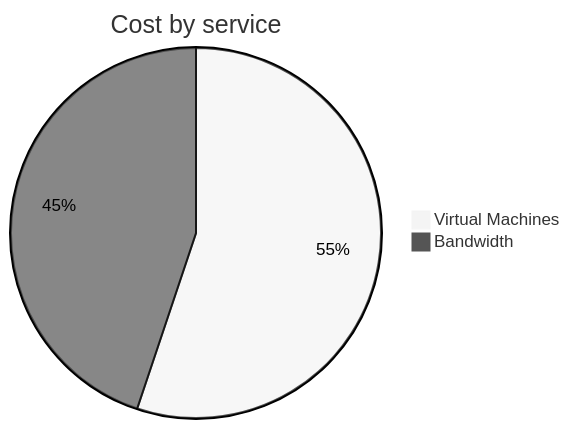
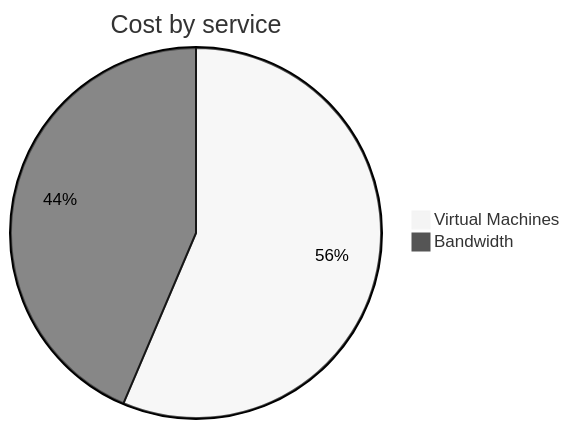
One commit to jpfulton/azure-personal-reports changed the second of 4 diagrams in cost-reports/personal-network/vpn-server.md. Above: the diagram before and after it, drawn with Mermaid (neutral theme). The commit also changed other lines of this file and 8 other files, not shown here.

````diff
--- a/cost-reports/personal-network/vpn-server.md
+++ b/cost-reports/personal-network/vpn-server.md
@@ -96,6 +96,6 @@
 ```mermaid
 pie
    title Cost by service
-   "Virtual Machines" : 3.43
+   "Virtual Machines" : 3.61
    "Bandwidth" : 2.79
 ```
````
